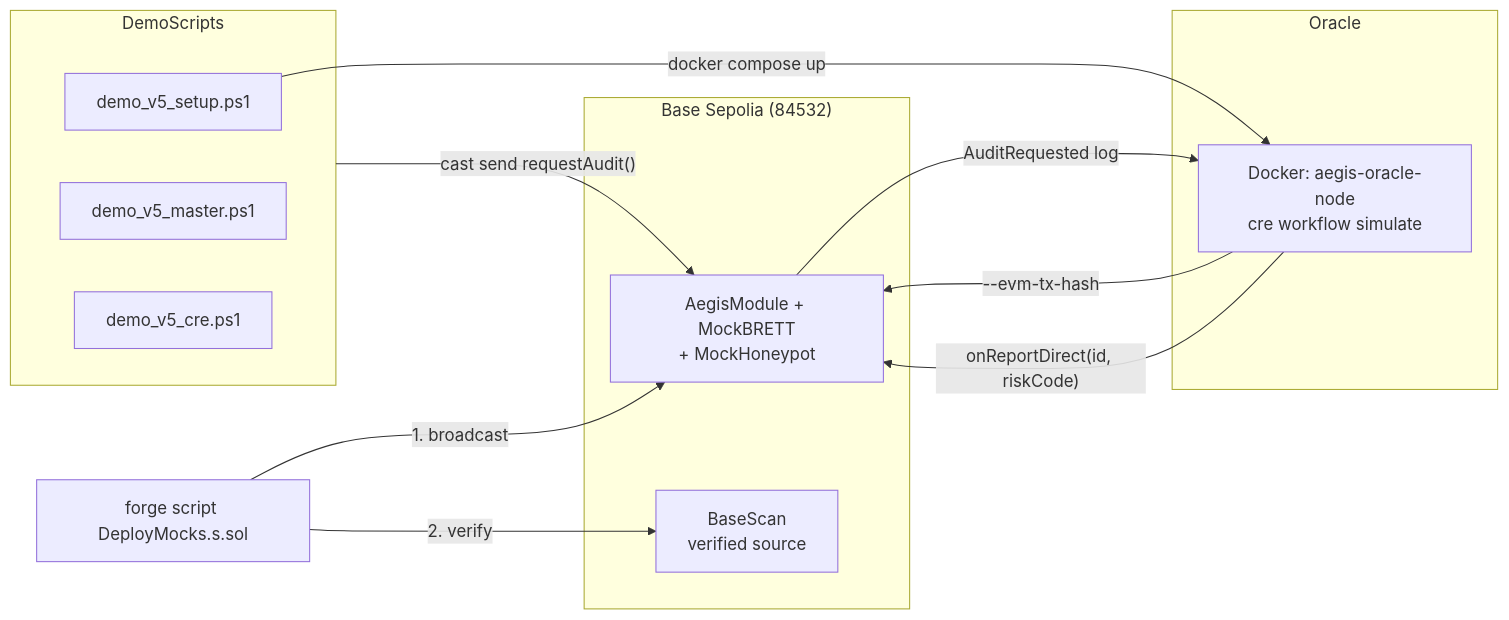
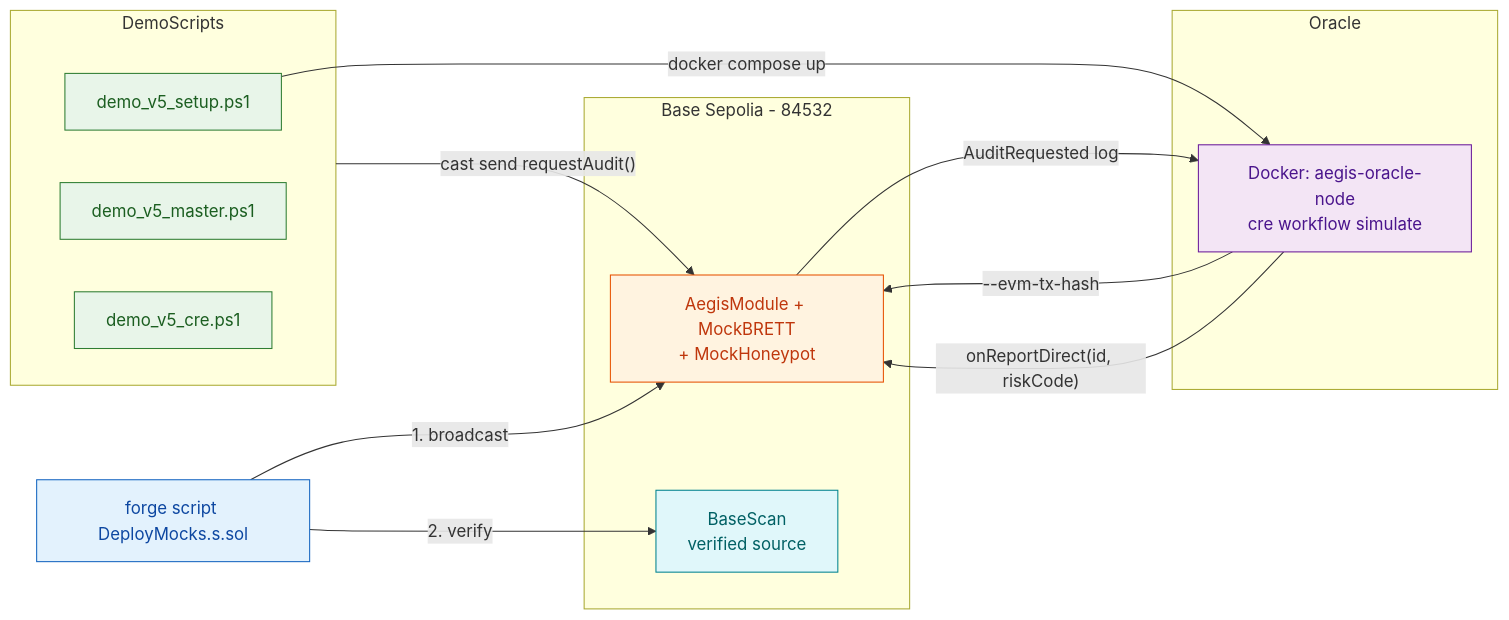
Before and after one commit to vjb/aegis-v4: the tenth of 12 diagrams in docs/ARCHITECTURE.md, drawn with Mermaid. The commit also changed other lines of this file and 5 other files, not shown here.

Commit message:
docs: full review pass — colored mermaid diagrams, fix test counts, add sample output links

````diff
--- a/docs/ARCHITECTURE.md
+++ b/docs/ARCHITECTURE.md
@@ -273,27 +335,35 @@
 ```mermaid
 flowchart LR
     Deploy["forge script DeployMocks.s.sol"]
 
-    subgraph BaseSepolia["Base Sepolia (84532)"]
+    subgraph BaseSepolia["Base Sepolia - 84532"]
         Contracts["AegisModule + MockBRETT\n+ MockHoneypot"]
         Explorer["BaseScan\nverified source"]
     end
 
     subgraph Oracle
         Docker["Docker: aegis-oracle-node\ncre workflow simulate"]
     end
 
     subgraph DemoScripts
         D1["demo_v5_setup.ps1"]
         D2["demo_v5_master.ps1"]
         D3["demo_v5_cre.ps1"]
     end
 
     Deploy -->|"1. broadcast"| Contracts
     Deploy -->|"2. verify"| Explorer
     D1 -->|"docker compose up"| Docker
     DemoScripts -->|"cast send requestAudit()"| Contracts
     Contracts -->|"AuditRequested log"| Docker
     Docker -->|"--evm-tx-hash"| Contracts
     Docker -->|"onReportDirect(id, riskCode)"| Contracts
+
+    style Deploy fill:#e3f2fd,stroke:#1565c0,color:#0d47a1
+    style Contracts fill:#fff3e0,stroke:#e65100,color:#bf360c
+    style Explorer fill:#e0f7fa,stroke:#00838f,color:#006064
+    style Docker fill:#f3e5f5,stroke:#6a1b9a,color:#4a148c
+    style D1 fill:#e8f5e9,stroke:#2e7d32,color:#1b5e20
+    style D2 fill:#e8f5e9,stroke:#2e7d32,color:#1b5e20
+    style D3 fill:#e8f5e9,stroke:#2e7d32,color:#1b5e20
 ```
````
